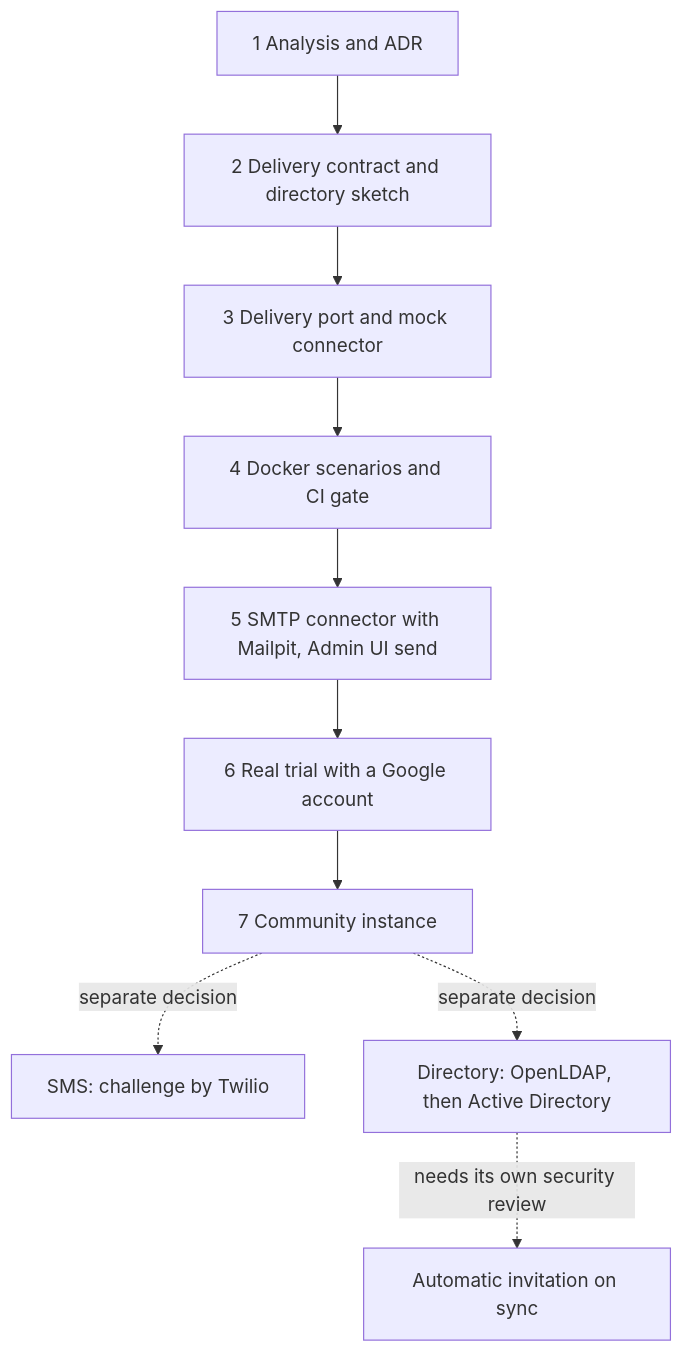
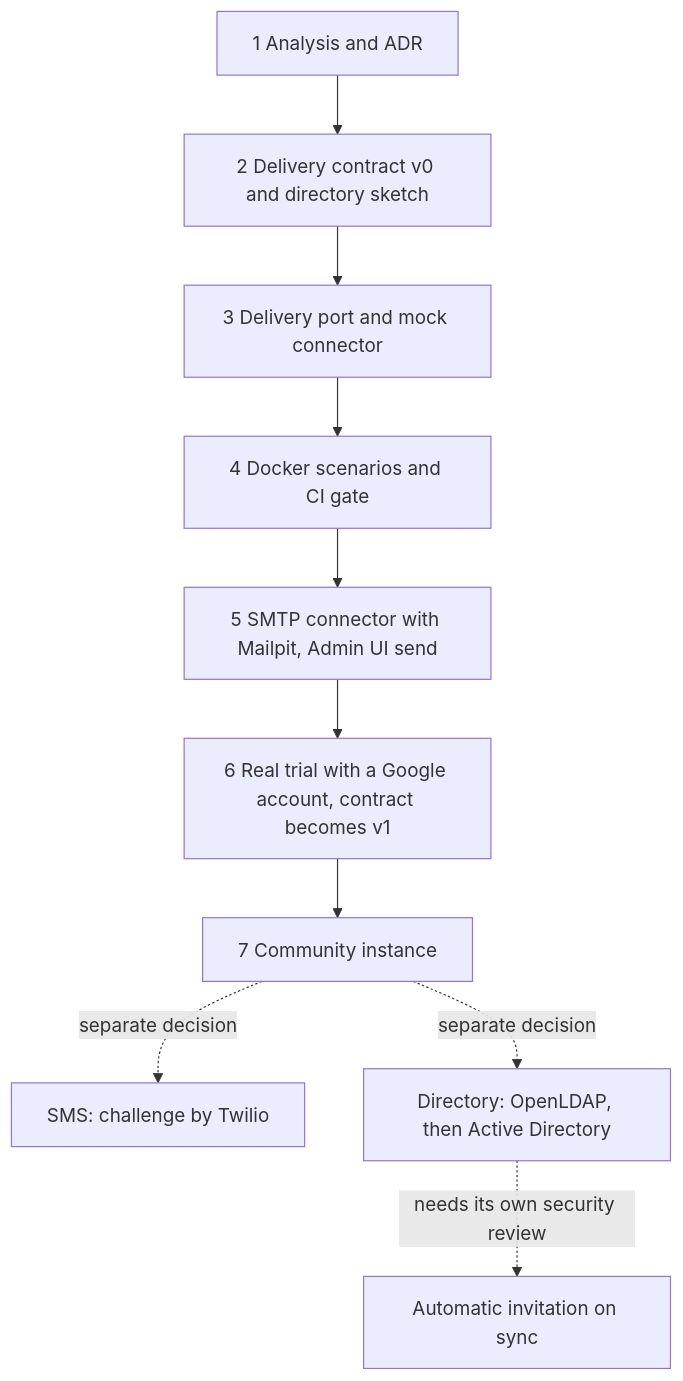
One commit to mgagp/ezkey changed the fourth of 4 diagrams in product-docs/global/decisions/2026-11-04-connector-spi/README.md. Above: the diagram before and after it, drawn with Mermaid. The commit also changed other lines of this file, not shown here.

First line of the commit message:
docs(connectors): keep the delivery contract at v0 until the real trial (#1207)

````diff
--- a/product-docs/global/decisions/2026-11-04-connector-spi/README.md
+++ b/product-docs/global/decisions/2026-11-04-connector-spi/README.md
@@ -304,12 +304,12 @@
 ```mermaid
 flowchart TD
-  S1["1 Analysis and ADR"] --> S2["2 Delivery contract and directory sketch"]
+  S1["1 Analysis and ADR"] --> S2["2 Delivery contract v0 and directory sketch"]
   S2 --> S3["3 Delivery port and mock connector"]
   S3 --> S4["4 Docker scenarios and CI gate"]
   S4 --> S5["5 SMTP connector with Mailpit, Admin UI send"]
-  S5 --> S6["6 Real trial with a Google account"]
+  S5 --> S6["6 Real trial with a Google account, contract becomes v1"]
   S6 --> S7["7 Community instance"]
   S7 -. "separate decision" .-> SMS["SMS: challenge by Twilio"]
   S7 -. "separate decision" .-> DIR["Directory: OpenLDAP, then Active Directory"]
   DIR -. "needs its own security review" .-> AUTO["Automatic invitation on sync"]
 ```
````
